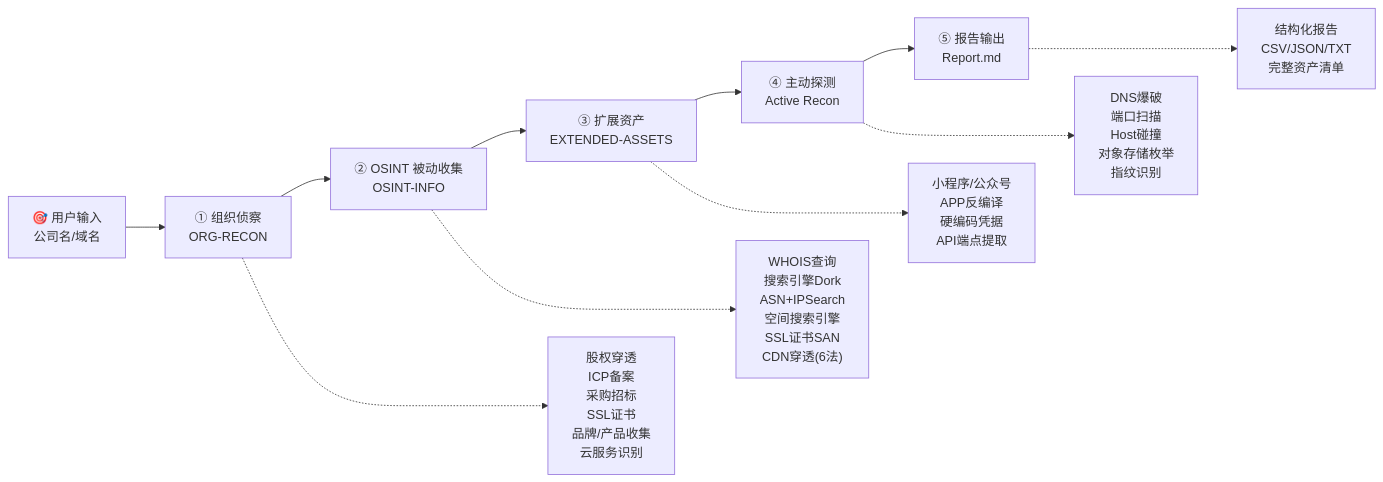
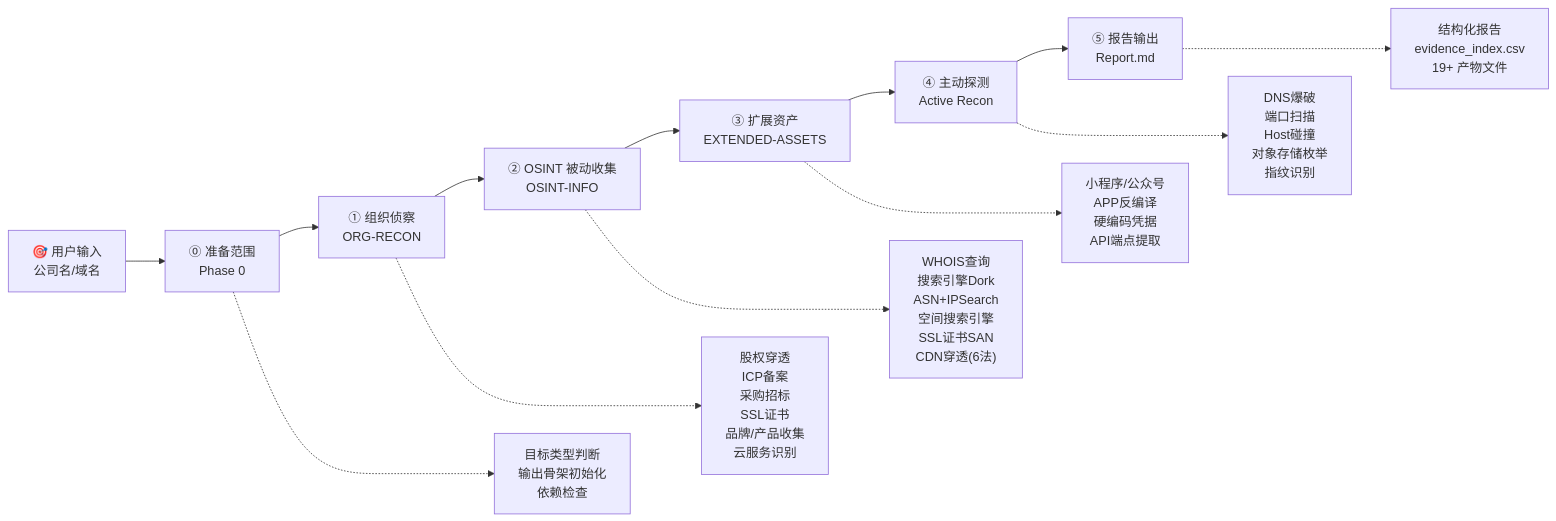
The first of 2 diagrams in README.md (ctfd3219/red-ICS), drawn with Mermaid before and after one commit. The commit also changed other lines of this file, not shown here.

````diff
--- a/README.md
+++ b/README.md
@@ -72,14 +76,16 @@
 ```mermaid
 flowchart LR
-    A["🎯 用户输入<br/>公司名/域名"] --> B["① 组织侦察<br/>ORG-RECON"]
-    B --> C["② OSINT 被动收集<br/>OSINT-INFO"]
-    C --> D["③ 扩展资产<br/>EXTENDED-ASSETS"]
-    D --> E["④ 主动探测<br/>Active Recon"]
-    E --> F["⑤ 报告输出<br/>Report.md"]
+    A["🎯 用户输入<br/>公司名/域名"] --> B["⓪ 准备范围<br/>Phase 0"]
+    B --> C["① 组织侦察<br/>ORG-RECON"]
+    C --> D["② OSINT 被动收集<br/>OSINT-INFO"]
+    D --> E["③ 扩展资产<br/>EXTENDED-ASSETS"]
+    E --> F["④ 主动探测<br/>Active Recon"]
+    F --> G["⑤ 报告输出<br/>Report.md"]
 
-    B -..-> B1["股权穿透<br/>ICP备案<br/>采购招标<br/>SSL证书<br/>品牌/产品收集<br/>云服务识别"]
-    C -..-> C1["WHOIS查询<br/>搜索引擎Dork<br/>ASN+IPSearch<br/>空间搜索引擎<br/>SSL证书SAN<br/>CDN穿透(6法)"]
-    D -..-> D1["小程序/公众号<br/>APP反编译<br/>硬编码凭据<br/>API端点提取"]
-    E -..-> E1["DNS爆破<br/>端口扫描<br/>Host碰撞<br/>对象存储枚举<br/>指纹识别"]
-    F -..-> F1["结构化报告<br/>CSV/JSON/TXT<br/>完整资产清单"]
+    B -..-> B1["目标类型判断<br/>输出骨架初始化<br/>依赖检查"]
+    C -..-> C1["股权穿透<br/>ICP备案<br/>采购招标<br/>SSL证书<br/>品牌/产品收集<br/>云服务识别"]
+    D -..-> D1["WHOIS查询<br/>搜索引擎Dork<br/>ASN+IPSearch<br/>空间搜索引擎<br/>SSL证书SAN<br/>CDN穿透(6法)"]
+    E -..-> E1["小程序/公众号<br/>APP反编译<br/>硬编码凭据<br/>API端点提取"]
+    F -..-> F1["DNS爆破<br/>端口扫描<br/>Host碰撞<br/>对象存储枚举<br/>指纹识别"]
+    G -..-> G1["结构化报告<br/>evidence_index.csv<br/>19+ 产物文件"]
 ```
````
